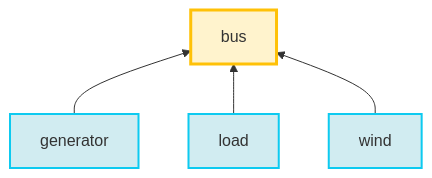
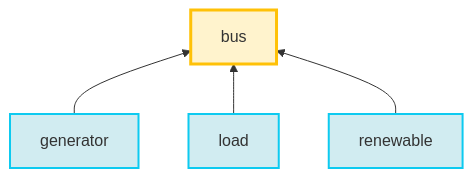
One commit to AntaresSimulatorTeam/GEMS changed the diagram in doc/3_User_Guide/4_Theoretical_Concepts/1_hypergraph_structure.md. Above: the diagram before and after it, drawn with Mermaid. The commit also changed other lines of this file, not shown here.

Commit message:
add generator and renewable models

````diff
--- a/doc/3_User_Guide/4_Theoretical_Concepts/1_hypergraph_structure.md
+++ b/doc/3_User_Guide/4_Theoretical_Concepts/1_hypergraph_structure.md
@@ -90,16 +143,16 @@
 ```mermaid
 flowchart BT
     Bus["bus"]
     Generator["generator"]
     Load["load"]
-    Wind["wind"]
+    Renewable["renewable"]
 
     Generator --> Bus
     Load --> Bus
-    Wind --> Bus
+    Renewable --> Bus
 
     style Bus fill:#fff3cd,stroke:#ffc107,stroke-width:3px
     style Generator fill:#d1ecf1,stroke:#0dcaf0,stroke-width:2px
     style Load fill:#d1ecf1,stroke:#0dcaf0,stroke-width:2px
-    style Wind fill:#d1ecf1,stroke:#0dcaf0,stroke-width:2px
+    style Renewable fill:#d1ecf1,stroke:#0dcaf0,stroke-width:2px
 ```
````
